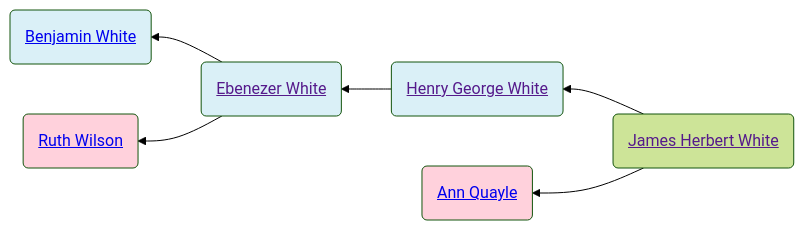
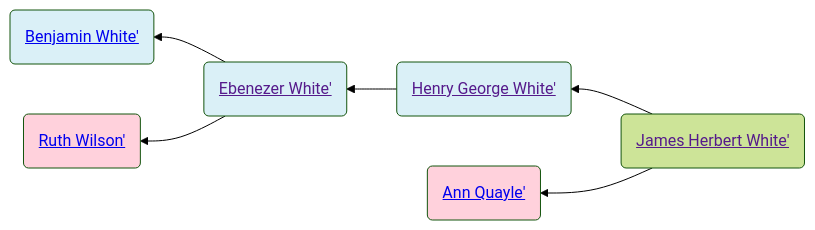
One commit to neelsmith/avocational changed the diagram in familyhistory/sources/people/Merrill-line/White-line/James_Herbert_White.qmd. Above: the diagram before and after it, drawn with Mermaid (forest theme). The commit also changed 102 other files, not shown here.

````diff
--- a/familyhistory/sources/people/Merrill-line/White-line/James_Herbert_White.qmd
+++ b/familyhistory/sources/people/Merrill-line/White-line/James_Herbert_White.qmd
@@ -19,18 +19,18 @@
 ```{mermaid}
 graph RL
 %% RL ancestor diagram
-James_Herbert_White(<a href=''>James Herbert White</>) -->  Henry_George_White(<a href='./Henry_George_White.html'>Henry George White</>)
-Henry_George_White(<a href=''>Henry George White</>) -->  Ebenezer_White(<a href='./Ebenezer_White.html'>Ebenezer White</>)
-Ebenezer_White(<a href=''>Ebenezer White</>) -->  Benjamin_White(<a href='./Benjamin_White.html'>Benjamin White</>)
+James_Herbert_White(<a href=''>James Herbert White'</>) -->  Henry_George_White(<a href='./Henry_George_White.html'>Henry George White'</>)
+Henry_George_White(<a href=''>Henry George White'</>) -->  Ebenezer_White(<a href='./Ebenezer_White.html'>Ebenezer White'</>)
+Ebenezer_White(<a href=''>Ebenezer White'</>) -->  Benjamin_White(<a href='./Benjamin_White.html'>Benjamin White'</>)
 class Benjamin_White father
-Ebenezer_White(<a href=''>Ebenezer White</>)  --> Ruth_Wilson(<a href='./Wilson-line/Ruth_Wilson.html'>Ruth Wilson</>)
+Ebenezer_White(<a href=''>Ebenezer White'</>)  --> Ruth_Wilson(<a href='./Wilson-line/Ruth_Wilson.html'>Ruth Wilson'</>)
 class Ruth_Wilson mother
 class Ebenezer_White father
 class Henry_George_White father
-James_Herbert_White(<a href=''>James Herbert White</>)  --> Ann_Quayle(<a href='./Ann_Quayle.html'>Ann Quayle</>)
+James_Herbert_White(<a href=''>James Herbert White'</>)  --> Ann_Quayle(<a href='./Ann_Quayle.html'>Ann Quayle'</>)
 class Ann_Quayle mother
 classDef mother fill:#ffd1dc
 classDef father fill:#daf0f7  
 classDef marriage fill:#ffffff
 
 ```
````
